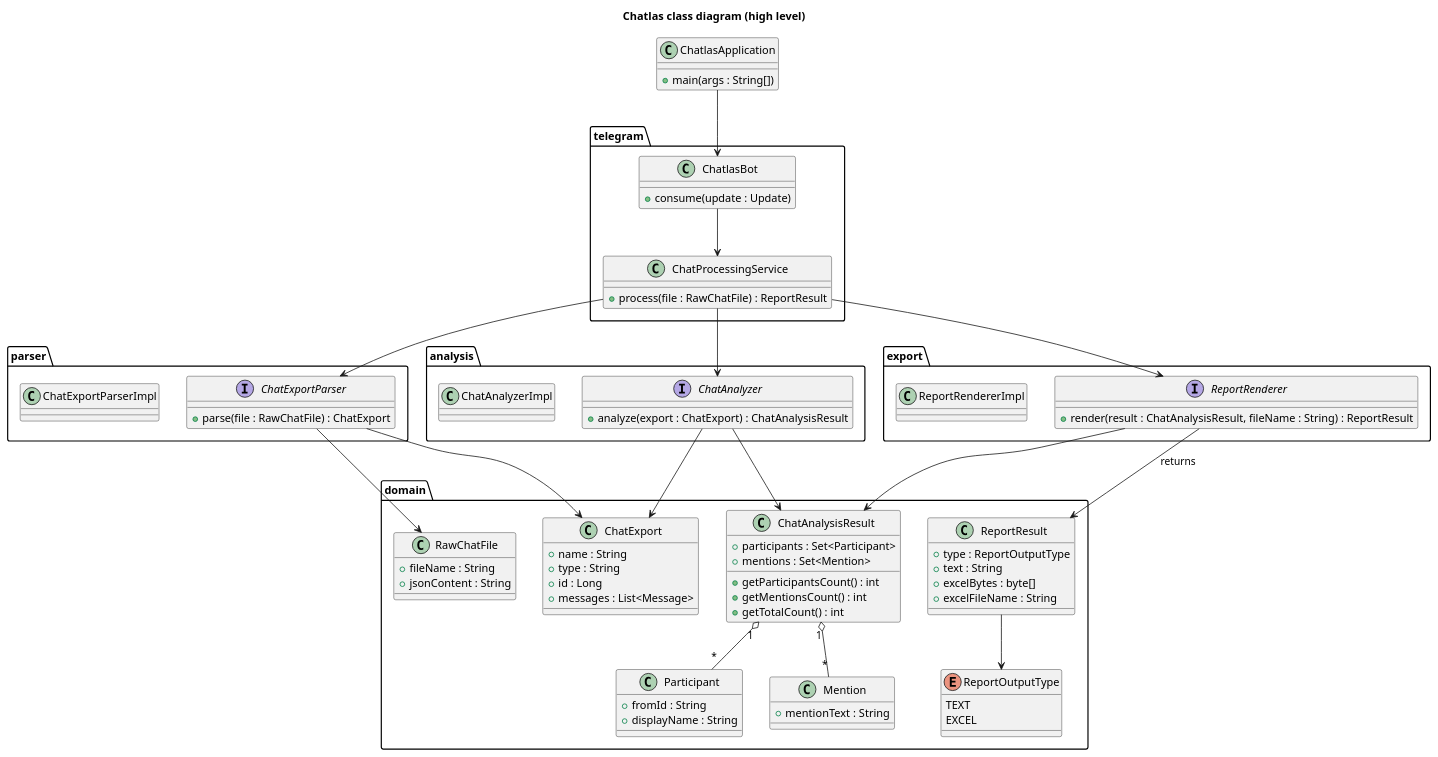
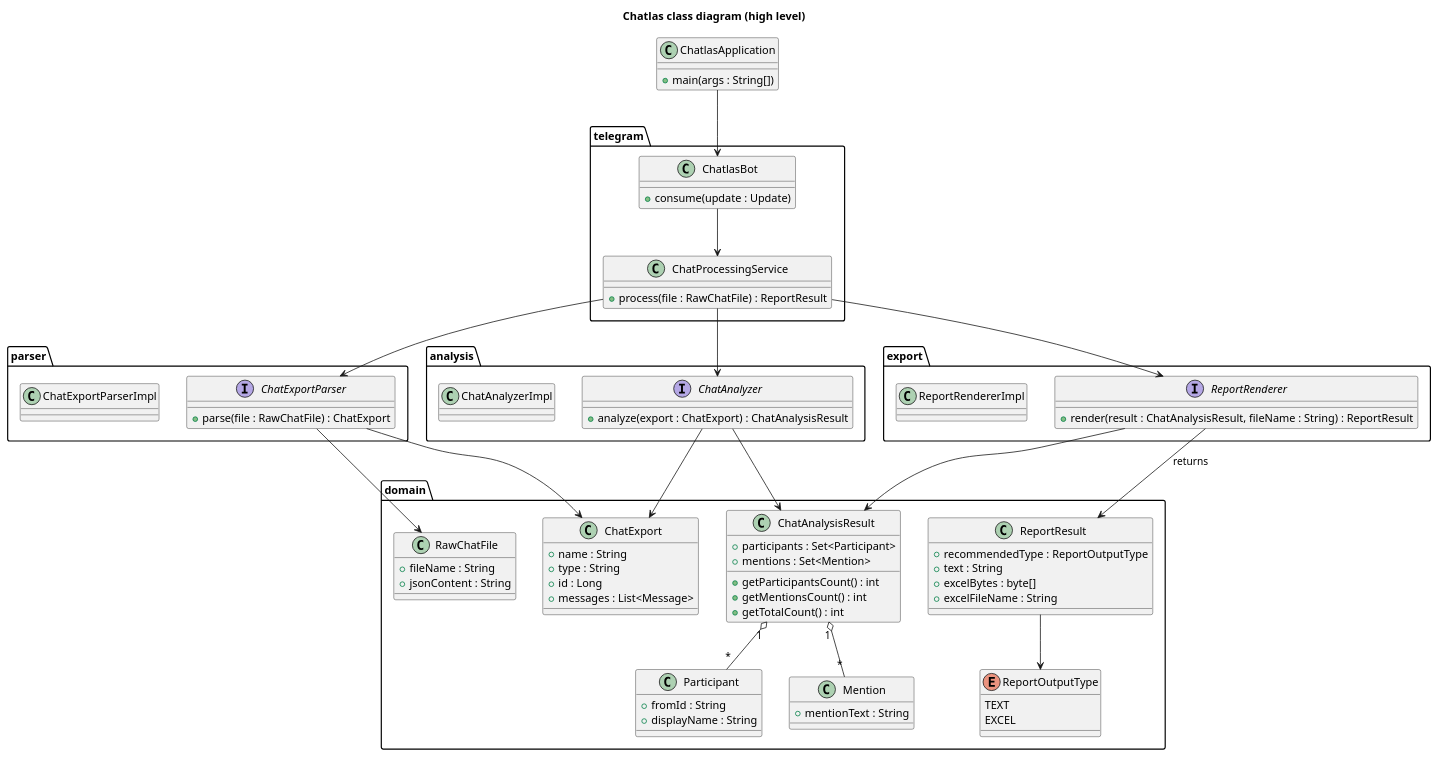
One commit to vspochernin/chatlas changed the diagram in docs/diagrams/domain_model.puml. Above: the diagram before and after it, drawn with PlantUML. The commit also changed 5 other files, not shown here.

```diff
--- a/docs/diagrams/domain_model.puml
+++ b/docs/diagrams/domain_model.puml
@@ -1,103 +1,103 @@
 @startuml domain_model
 title Chatlas class diagram (high level)
 
 package "domain" {
   class RawChatFile {
     + fileName : String
     + jsonContent : String
   }
 
   class ChatExport {
     + name : String
     + type : String
     + id : Long
     + messages : List<Message>
   }
 
   class Participant {
     + fromId : String
     + displayName : String
   }
 
   class Mention {
     + mentionText : String
   }
 
   class ChatAnalysisResult {
     + participants : Set<Participant>
     + mentions : Set<Mention>
     + getParticipantsCount() : int
     + getMentionsCount() : int
     + getTotalCount() : int
   }
 
   enum ReportOutputType {
     TEXT
     EXCEL
   }
 
   class ReportResult {
-    + type : ReportOutputType
+    + recommendedType : ReportOutputType
     + text : String
     + excelBytes : byte[]
     + excelFileName : String
   }
 }
 
 package "telegram" {
   class ChatlasBot {
     +consume(update : Update)
   }
 
   class ChatProcessingService {
     +process(file : RawChatFile) : ReportResult
   }
 }
 
 package "parser" {
   interface ChatExportParser {
     +parse(file : RawChatFile) : ChatExport
   }
   class ChatExportParserImpl
 }
 
 package "analysis" {
   interface ChatAnalyzer {
     +analyze(export : ChatExport) : ChatAnalysisResult
   }
   class ChatAnalyzerImpl
 }
 
 package "export" {
   interface ReportRenderer {
     +render(result : ChatAnalysisResult, fileName : String) : ReportResult
   }
   class ReportRendererImpl
 }
 
 class ChatlasApplication {
   +main(args : String[])
 }
 
 ' Связи между классами
 
 ChatlasApplication --> ChatlasBot
 ChatlasBot --> ChatProcessingService
 
 ChatProcessingService --> ChatExportParser
 ChatProcessingService --> ChatAnalyzer
 ChatProcessingService --> ReportRenderer
 
 ChatExportParser --> RawChatFile
 ChatExportParser --> ChatExport
 
 ChatAnalyzer --> ChatExport
 ChatAnalyzer --> ChatAnalysisResult
 ChatAnalysisResult "1" o-- "*" Participant
 ChatAnalysisResult "1" o-- "*" Mention
 
 ReportRenderer --> ChatAnalysisResult
 ReportRenderer --> ReportResult : returns
 ReportResult --> ReportOutputType
 
 @enduml
```
